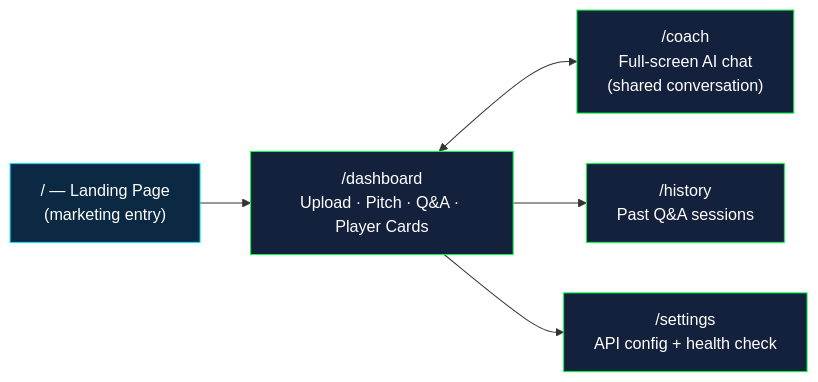
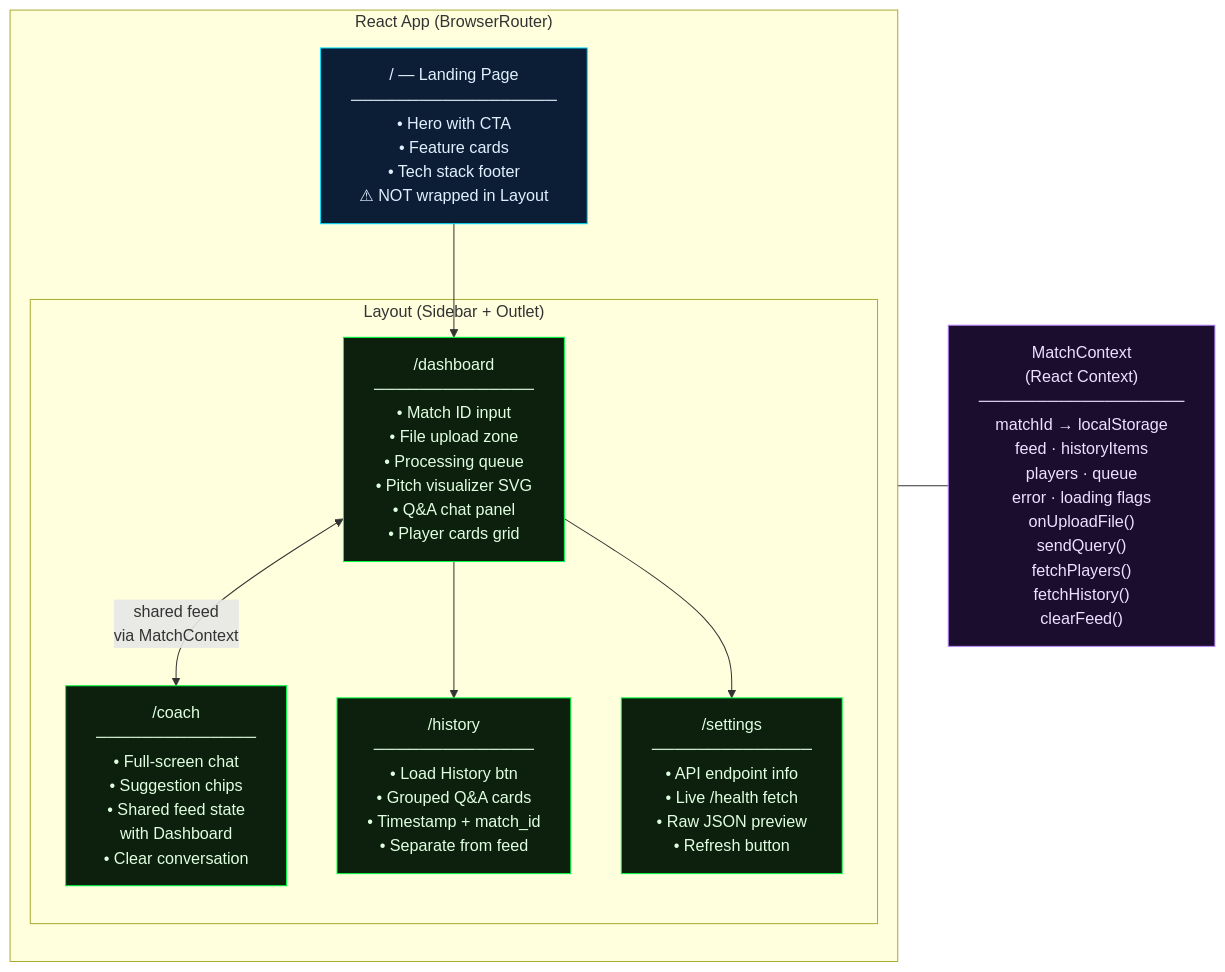
The fifth of 7 diagrams in README.md (MayankSinghRaghav/FootIQ), drawn with Mermaid before and after one commit. The commit also changed other lines of this file, not shown here.

First line of the commit message:
docs: overhaul README with full diagrams and workflow

````diff
--- a/README.md
+++ b/README.md
@@ -175,13 +216,30 @@
 ```mermaid
 flowchart LR
-    Landing["/ — Landing Page<br/>(marketing entry)"] --> Dash["/dashboard<br/>Upload · Pitch · Q&A · Player Cards"]
-    Dash <--> Coach["/coach<br/>Full-screen AI chat<br/>(shared conversation)"]
-    Dash --> Hist["/history<br/>Past Q&A sessions"]
-    Dash --> Set["/settings<br/>API config + health check"]
+    subgraph App["React App  (BrowserRouter)"]
+        direction TB
+        LAND["/ — Landing Page\n──────────────────\n• Hero with CTA\n• Feature cards\n• Tech stack footer\n⚠ NOT wrapped in Layout"]
 
-    style Landing fill:#0b2942,stroke:#00e0ff,color:#fff
-    style Dash fill:#14213d,stroke:#00ff41,color:#fff
-    style Coach fill:#14213d,stroke:#00ff41,color:#fff
-    style Hist fill:#14213d,stroke:#00ff41,color:#fff
-    style Set fill:#14213d,stroke:#00ff41,color:#fff
+        subgraph Layout["Layout (Sidebar + Outlet)"]
+            DASH["/dashboard\n──────────────\n• Match ID input\n• File upload zone\n• Processing queue\n• Pitch visualizer SVG\n• Q&A chat panel\n• Player cards grid"]
+            COACH["/coach\n──────────────\n• Full-screen chat\n• Suggestion chips\n• Shared feed state\n  with Dashboard\n• Clear conversation"]
+            HIST["/history\n──────────────\n• Load History btn\n• Grouped Q&A cards\n• Timestamp + match_id\n• Separate from feed"]
+            SET["/settings\n──────────────\n• API endpoint info\n• Live /health fetch\n• Raw JSON preview\n• Refresh button"]
+        end
+
+        LAND --> DASH
+        DASH <-->|"shared feed\nvia MatchContext"| COACH
+        DASH --> HIST
+        DASH --> SET
+    end
+
+    CTX["MatchContext\n(React Context)\n──────────────────\nmatchId → localStorage\nfeed · historyItems\nplayers · queue\nerror · loading flags\nonUploadFile()\nsendQuery()\nfetchPlayers()\nfetchHistory()\nclearFeed()"]
+
+    Layout --- CTX
+
+    style LAND fill:#0b1e36,stroke:#00e0ff,color:#e0f0ff
+    style DASH fill:#0d1f0d,stroke:#00ff41,color:#e0ffe0
+    style COACH fill:#0d1f0d,stroke:#00ff41,color:#e0ffe0
+    style HIST fill:#0d1f0d,stroke:#00ff41,color:#e0ffe0
+    style SET fill:#0d1f0d,stroke:#00ff41,color:#e0ffe0
+    style CTX fill:#1a0d2e,stroke:#bb86fc,color:#f0e0ff
 ```
````
